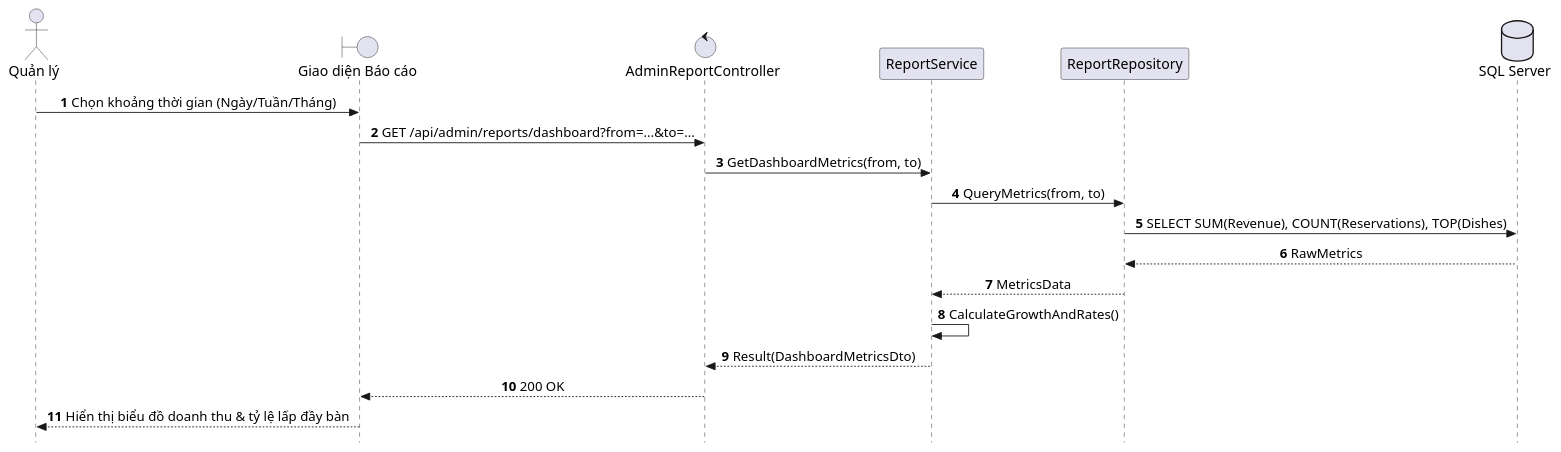
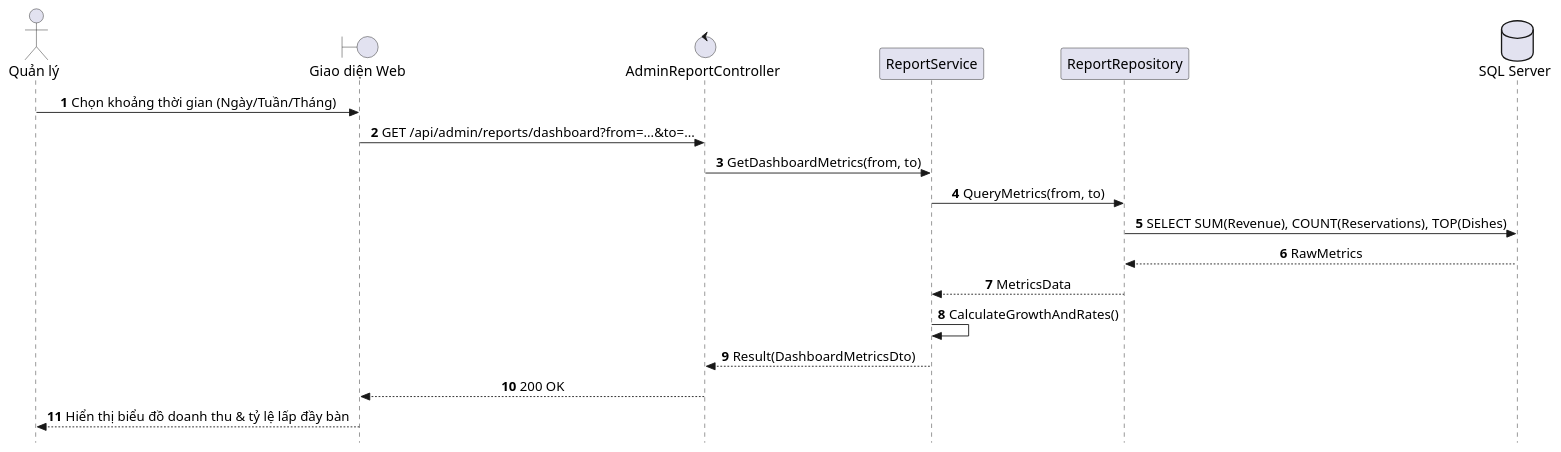
One commit to AndrewQng/VinDining changed the diagram in docs/phase1/use-cases/UC-A5_Bao_Cao_Thong_Ke_Dashboard.md. Above: the diagram before and after it, drawn with PlantUML. The commit also changed other lines of this file and 87 other files, not shown here.

Commit message:
docs: add phase 1 use case specifications, sequence diagrams, and architecture diagrams

````diff
--- a/docs/phase1/use-cases/UC-A5_Bao_Cao_Thong_Ke_Dashboard.md
+++ b/docs/phase1/use-cases/UC-A5_Bao_Cao_Thong_Ke_Dashboard.md
@@ -1,34 +1,34 @@
 ```plantuml
 @startuml SD_UC_A5_Analytics_Dashboard
 autonumber
 skinparam style strictuml
 skinparam sequenceMessageAlign center
 skinparam responseMessageBelowArrow true
 skinparam defaultFontName "Segoe UI", Arial, sans-serif
 skinparam defaultFontSize 16
 skinparam sequenceActorFontSize 16
 skinparam sequenceParticipantFontSize 16
 skinparam sequenceArrowFontSize 15
 skinparam sequenceGroupFontSize 15
 skinparam sequenceGroupHeaderFontSize 15
 
 actor "Quản lý" as Manager
-boundary "Giao diện Báo cáo" as UI
+boundary "Giao diện Web" as UI
 control "AdminReportController" as Controller
 participant "ReportService" as Service
 participant "ReportRepository" as Repo
 database "SQL Server" as DB
 
 Manager -> UI: Chọn khoảng thời gian (Ngày/Tuần/Tháng)
 UI -> Controller: GET /api/admin/reports/dashboard?from=...&to=...
 Controller -> Service: GetDashboardMetrics(from, to)
 Service -> Repo: QueryMetrics(from, to)
 Repo -> DB: SELECT SUM(Revenue), COUNT(Reservations), TOP(Dishes)
 DB --> Repo: RawMetrics
 Repo --> Service: MetricsData
 Service -> Service: CalculateGrowthAndRates()
 Service --> Controller: Result(DashboardMetricsDto)
 Controller --> UI: 200 OK
 UI --> Manager: Hiển thị biểu đồ doanh thu & tỷ lệ lấp đầy bàn
 @enduml
 ```
````
